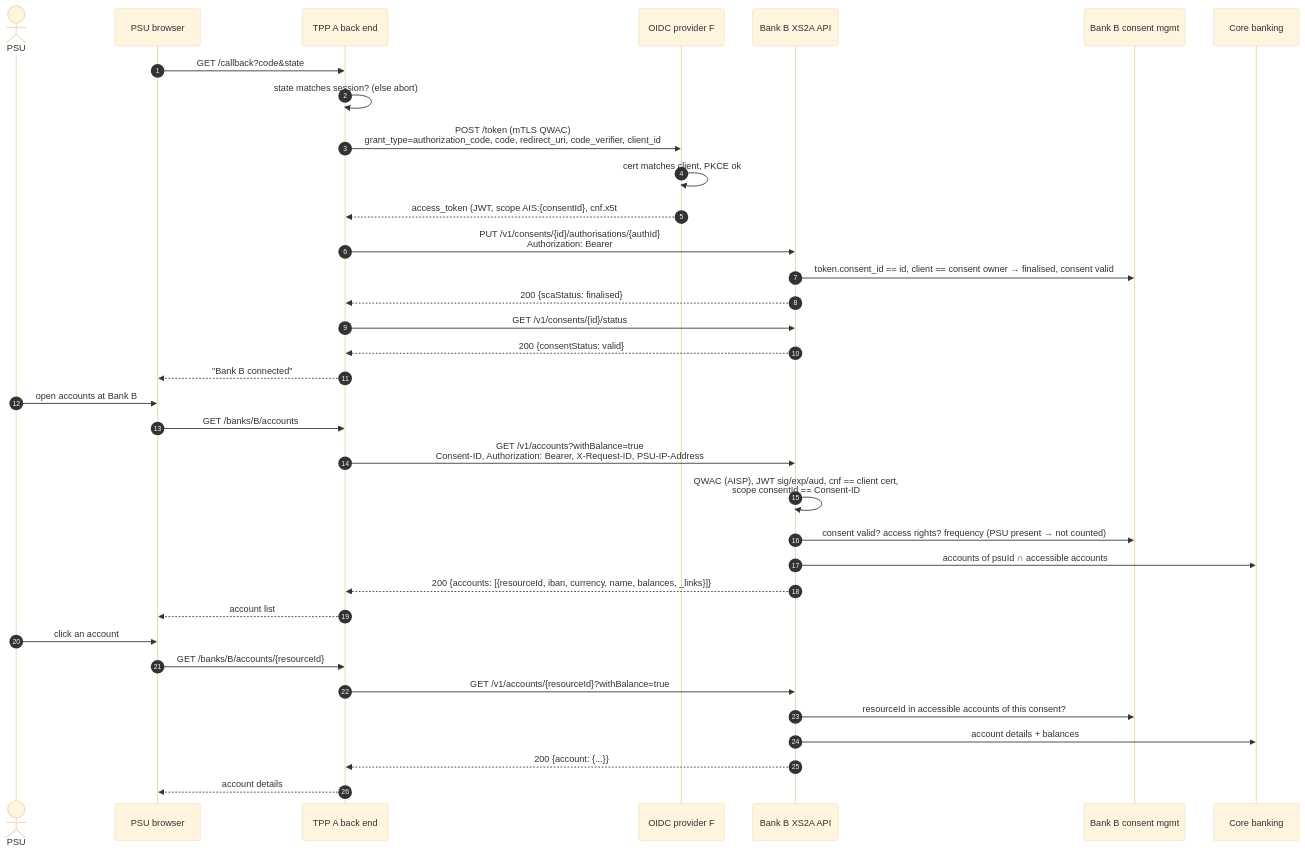
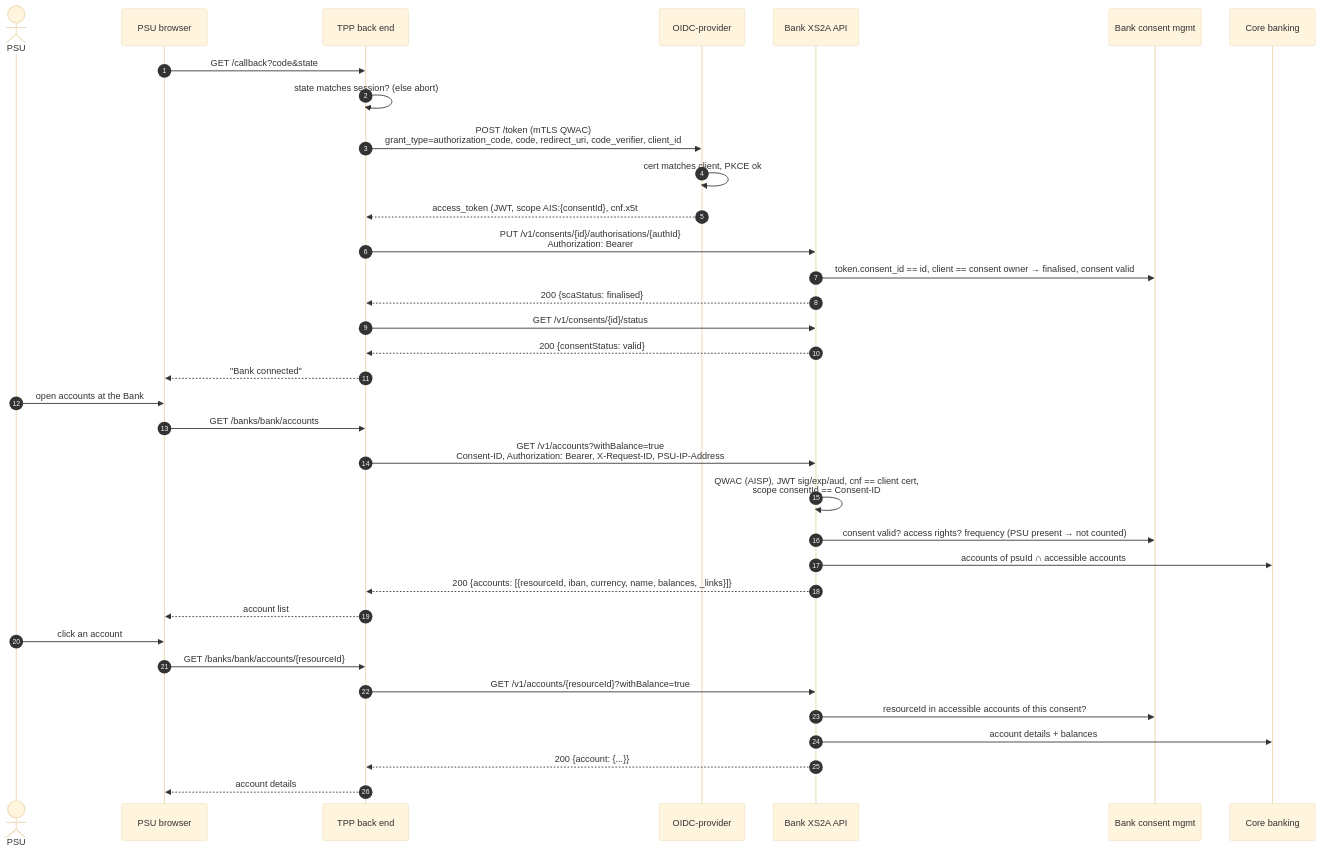
One commit to vondacho/psd2-sandbox changed the fifth of 10 diagrams in docs/design/psu-account-list-journey.md. Above: the diagram before and after it, drawn with Mermaid (base theme). The commit also changed other lines of this file and 149 other files, not shown here.

````diff
--- a/docs/design/psu-account-list-journey.md
+++ b/docs/design/psu-account-list-journey.md
@@ -294,40 +294,40 @@
 ```mermaid
 sequenceDiagram
     autonumber
     actor PSU
     participant Br as PSU browser
-    participant A as TPP A back end
-    participant F as OIDC provider F
-    participant XS2A as Bank B XS2A API
-    participant CM as Bank B consent mgmt
+    participant TPP as TPP back end
+    participant OIDC as OIDC-provider
+    participant XS2A as Bank XS2A API
+    participant CM as Bank consent mgmt
     participant Core as Core banking
 
-    Br->>A: GET /callback?code&state
-    A->>A: state matches session? (else abort)
-    A->>F: POST /token (mTLS QWAC)<br/>grant_type=authorization_code, code, redirect_uri, code_verifier, client_id
-    F->>F: cert matches client, PKCE ok
-    F-->>A: access_token (JWT, scope AIS:{consentId}, cnf.x5t#S256),<br/>refresh_token, expires_in
-    A->>XS2A: PUT /v1/consents/{id}/authorisations/{authId}<br/>Authorization: Bearer
+    Br->>TPP: GET /callback?code&state
+    TPP->>TPP: state matches session? (else abort)
+    TPP->>OIDC: POST /token (mTLS QWAC)<br/>grant_type=authorization_code, code, redirect_uri, code_verifier, client_id
+    OIDC->>OIDC: cert matches client, PKCE ok
+    OIDC-->>TPP: access_token (JWT, scope AIS:{consentId}, cnf.x5t#S256),<br/>refresh_token, expires_in
+    TPP->>XS2A: PUT /v1/consents/{id}/authorisations/{authId}<br/>Authorization: Bearer
     XS2A->>CM: token.consent_id == id, client == consent owner → finalised, consent valid
-    XS2A-->>A: 200 {scaStatus: finalised}
-    A->>XS2A: GET /v1/consents/{id}/status
-    XS2A-->>A: 200 {consentStatus: valid}
-    A-->>Br: "Bank B connected"
+    XS2A-->>TPP: 200 {scaStatus: finalised}
+    TPP->>XS2A: GET /v1/consents/{id}/status
+    XS2A-->>TPP: 200 {consentStatus: valid}
+    TPP-->>Br: "Bank connected"
 
-    PSU->>Br: open accounts at Bank B
-    Br->>A: GET /banks/B/accounts
-    A->>XS2A: GET /v1/accounts?withBalance=true<br/>Consent-ID, Authorization: Bearer, X-Request-ID, PSU-IP-Address
+    PSU->>Br: open accounts at the Bank
+    Br->>TPP: GET /banks/bank/accounts
+    TPP->>XS2A: GET /v1/accounts?withBalance=true<br/>Consent-ID, Authorization: Bearer, X-Request-ID, PSU-IP-Address
     XS2A->>XS2A: QWAC (AISP), JWT sig/exp/aud, cnf == client cert,<br/>scope consentId == Consent-ID
     XS2A->>CM: consent valid? access rights? frequency (PSU present → not counted)
     XS2A->>Core: accounts of psuId ∩ accessible accounts
-    XS2A-->>A: 200 {accounts: [{resourceId, iban, currency, name, balances, _links}]}
-    A-->>Br: account list
+    XS2A-->>TPP: 200 {accounts: [{resourceId, iban, currency, name, balances, _links}]}
+    TPP-->>Br: account list
 
     PSU->>Br: click an account
-    Br->>A: GET /banks/B/accounts/{resourceId}
-    A->>XS2A: GET /v1/accounts/{resourceId}?withBalance=true
+    Br->>TPP: GET /banks/bank/accounts/{resourceId}
+    TPP->>XS2A: GET /v1/accounts/{resourceId}?withBalance=true
     XS2A->>CM: resourceId in accessible accounts of this consent?
     XS2A->>Core: account details + balances
-    XS2A-->>A: 200 {account: {...}}
-    A-->>Br: account details
+    XS2A-->>TPP: 200 {account: {...}}
+    TPP-->>Br: account details
 ```
````
